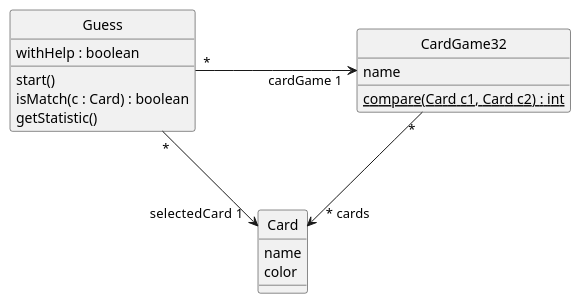
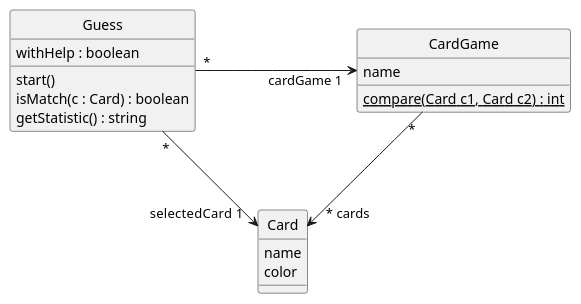
Before and after one commit to Maous-B/guesswhat-mr: the diagram in README.adoc, drawn with PlantUML. The commit also changed other lines of this file and 8 other files, not shown here.

```diff
--- a/README.adoc
+++ b/README.adoc
@@ -34,26 +34,26 @@
 [plantuml]
 ----
 class Guess {
   withHelp : boolean
 
   start()
   isMatch(c : Card) : boolean
-  getStatistic()
+  getStatistic() : string
 }
 
-class CardGame32 {
+class CardGame {
   name
   {static} compare(Card c1, Card c2) : int
 }
 
 
 class Card {
   name
   color
 }
 
 Guess"*" -> "\nselectedCard  1  " Card : "                             "
-Guess"*" -> "cardGame 1  " CardGame32 : "                                     "
-CardGame32 "*" --> "   * cards  " Card : "                                     "
+Guess"*" -> "cardGame 1  " CardGame : "                                     "
+CardGame "*" --> "   * cards  " Card : "                                     "
 hide circle
 ----
```
